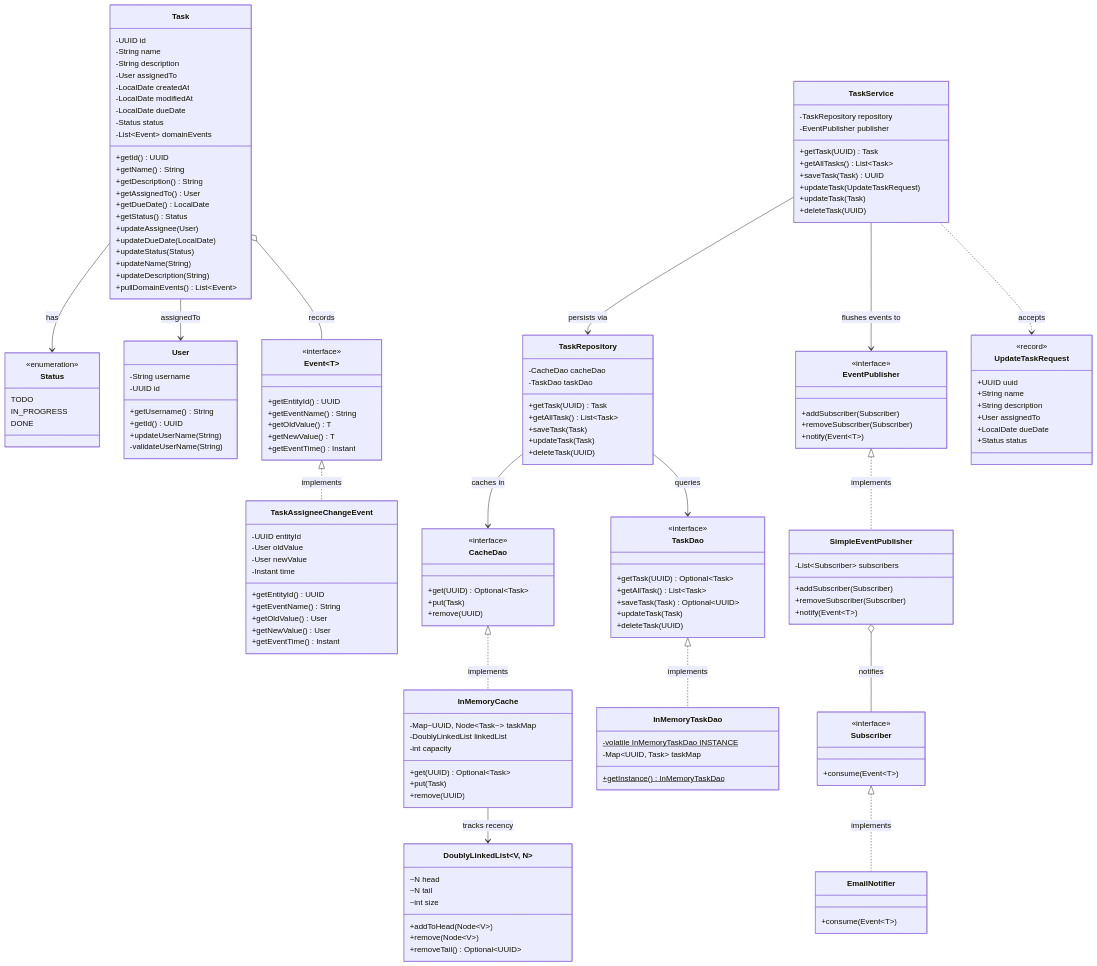
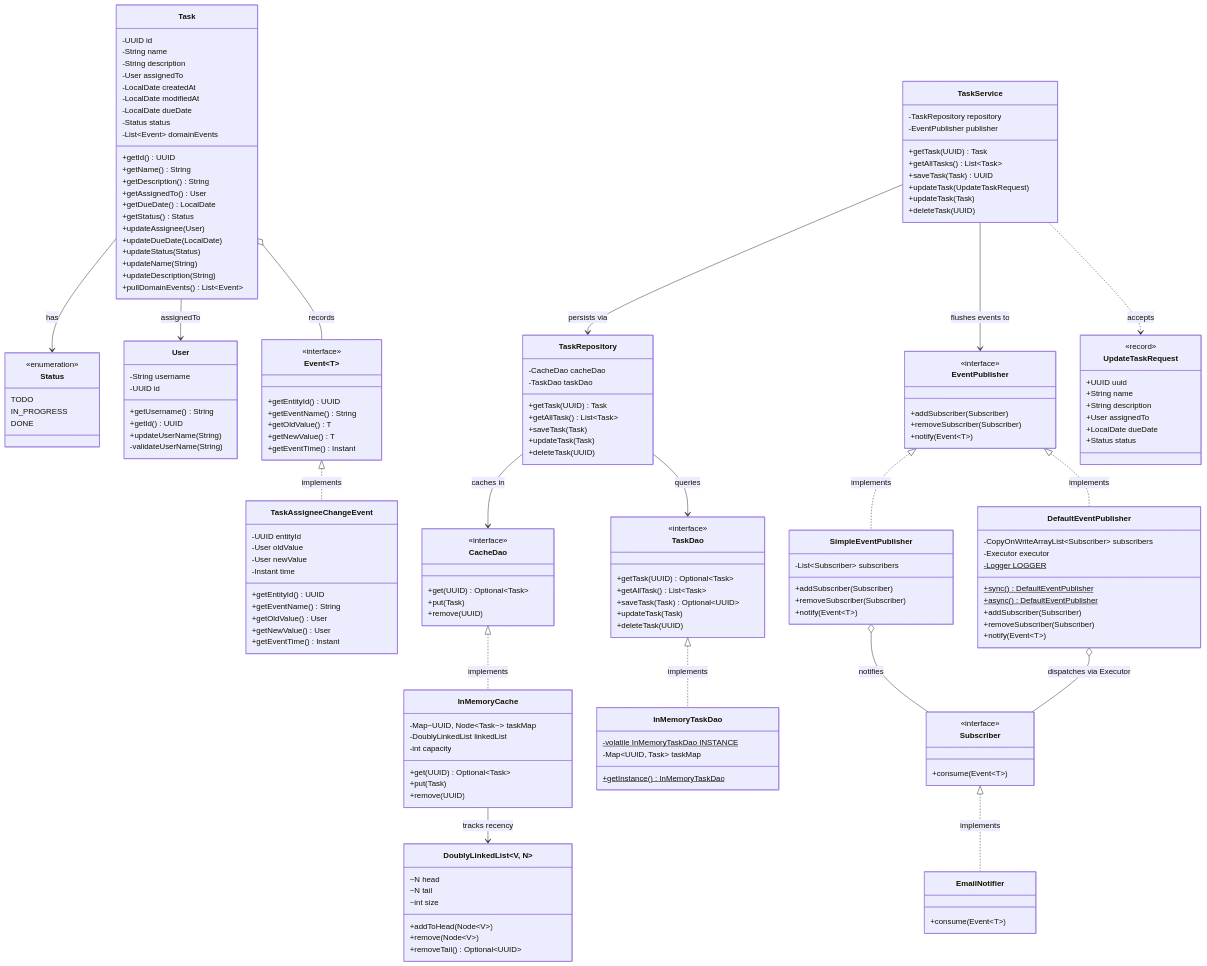
The second of 5 diagrams in task-management-system/README.md (JyotimoyKashyap/system-design-labs), drawn with Mermaid before and after one commit. The commit also changed other lines of this file, not shown here.

```diff
--- a/task-management-system/README.md
+++ b/task-management-system/README.md
@@ -189,6 +189,17 @@
         +notify(Event~T~)
     }
 
+    class DefaultEventPublisher {
+        -CopyOnWriteArrayList~Subscriber~ subscribers
+        -Executor executor
+        -Logger LOGGER$
+        +sync()$ DefaultEventPublisher
+        +async()$ DefaultEventPublisher
+        +addSubscriber(Subscriber)
+        +removeSubscriber(Subscriber)
+        +notify(Event~T~)
+    }
+
     class Subscriber {
         <<interface>>
         +consume(Event~T~)
@@ -267,8 +278,10 @@
     Task o-- Event : records
     Event <|.. TaskAssigneeChangeEvent : implements
     EventPublisher <|.. SimpleEventPublisher : implements
+    EventPublisher <|.. DefaultEventPublisher : implements
     Subscriber <|.. EmailNotifier : implements
     SimpleEventPublisher o-- Subscriber : notifies
+    DefaultEventPublisher o-- Subscriber : dispatches via Executor
     TaskService --> TaskRepository : persists via
     TaskService --> EventPublisher : flushes events to
     TaskService ..> UpdateTaskRequest : accepts
```
